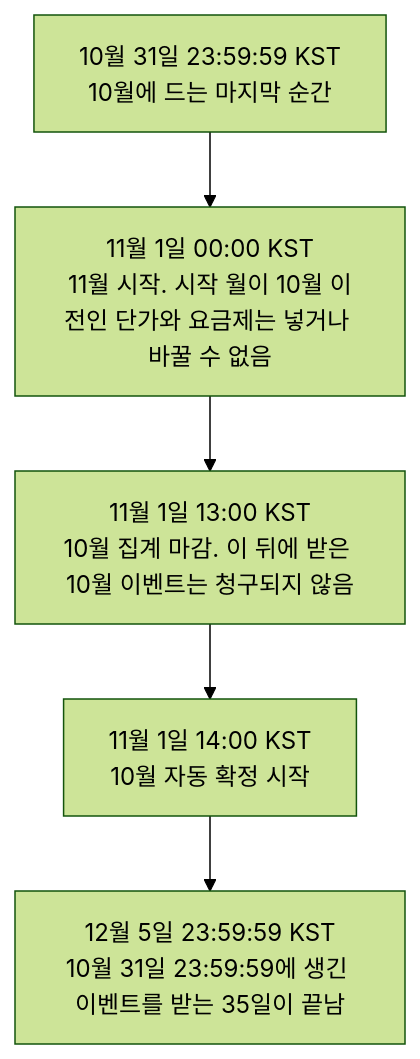
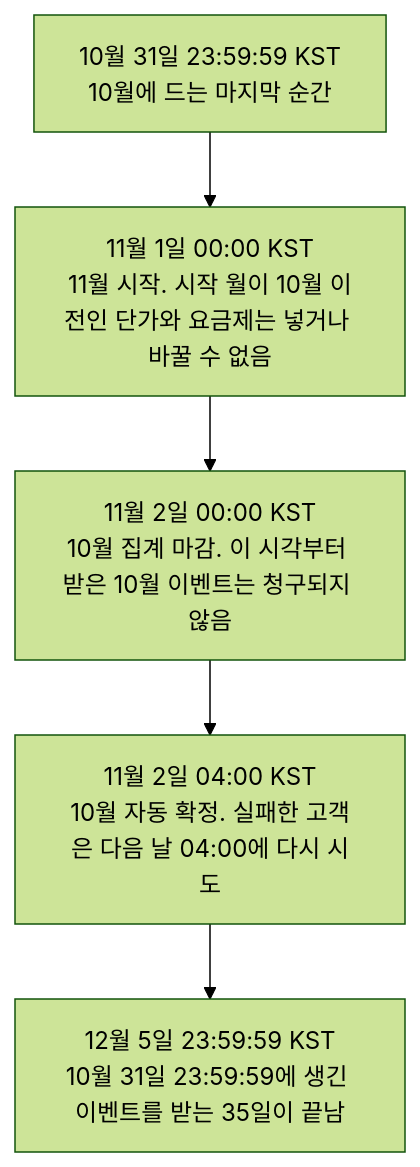
One commit to asm17-ms2/meterengine changed the diagram in guide/concepts/time-rules.mdx. Above: the diagram before and after it, drawn with Mermaid (forest theme). The commit also changed other lines of this file and 62 other files, not shown here.

````diff
--- a/guide/concepts/time-rules.mdx
+++ b/guide/concepts/time-rules.mdx
@@ -78,8 +78,8 @@
 ```mermaid
 flowchart TD
   A["10월 31일 23:59:59 KST<br/>10월에 드는 마지막 순간"] --> B
   B["11월 1일 00:00 KST<br/>11월 시작. 시작 월이 10월 이전인 단가와 요금제는 넣거나 바꿀 수 없음"] --> C
-  C["11월 1일 13:00 KST<br/>10월 집계 마감. 이 뒤에 받은 10월 이벤트는 청구되지 않음"] --> D
-  D["11월 1일 14:00 KST<br/>10월 자동 확정 시작"] --> E
+  C["11월 2일 00:00 KST<br/>10월 집계 마감. 이 시각부터 받은 10월 이벤트는 청구되지 않음"] --> D
+  D["11월 2일 04:00 KST<br/>10월 자동 확정. 실패한 고객은 다음 날 04:00에 다시 시도"] --> E
   E["12월 5일 23:59:59 KST<br/>10월 31일 23:59:59에 생긴 이벤트를 받는 35일이 끝남"]
 ```
````
